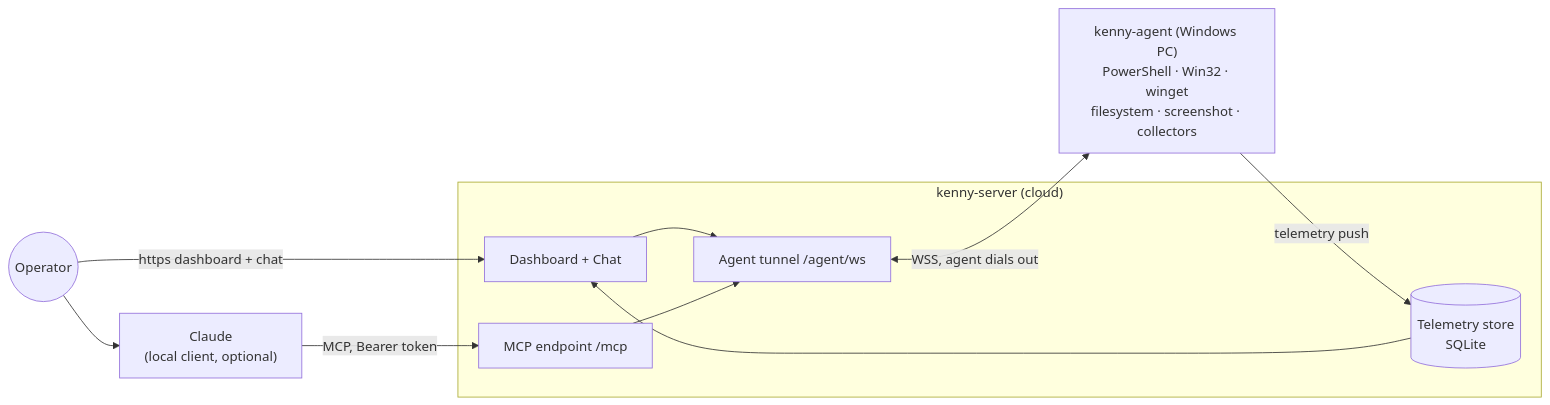
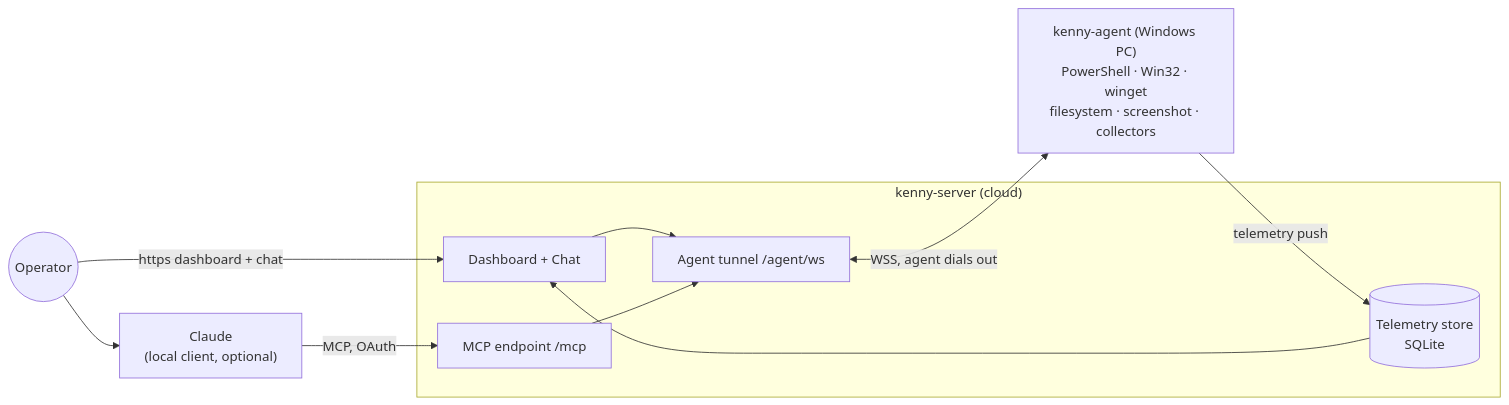
Before and after one commit to nullthrone/kenny: the diagram in README.md, drawn with Mermaid. The commit also changed other lines of this file and 21 other files, not shown here.

First line of the commit message:
Add OAuth 2.1 flow for the MCP connector (Claude Desktop)

````diff
--- a/README.md
+++ b/README.md
@@ -20,20 +20,20 @@
 ```mermaid
 flowchart LR
   Operator(("Operator"))
   Claude["Claude<br/>(local client, optional)"]
   subgraph Server["kenny-server (cloud)"]
     UI["Dashboard + Chat"]
     MCP["MCP endpoint /mcp"]
     Tunnel["Agent tunnel /agent/ws"]
     Store[("Telemetry store<br/>SQLite")]
   end
   Agent["kenny-agent (Windows PC)<br/>PowerShell · Win32 · winget<br/>filesystem · screenshot · collectors"]
 
   Operator -->|https dashboard + chat| UI
-  Operator --> Claude -->|MCP, Bearer token| MCP
+  Operator --> Claude -->|MCP, OAuth| MCP
   UI --> Tunnel
   MCP --> Tunnel
   Tunnel <-->|WSS, agent dials out| Agent
   Agent -->|telemetry push| Store
   Store --> UI
 ```
````
